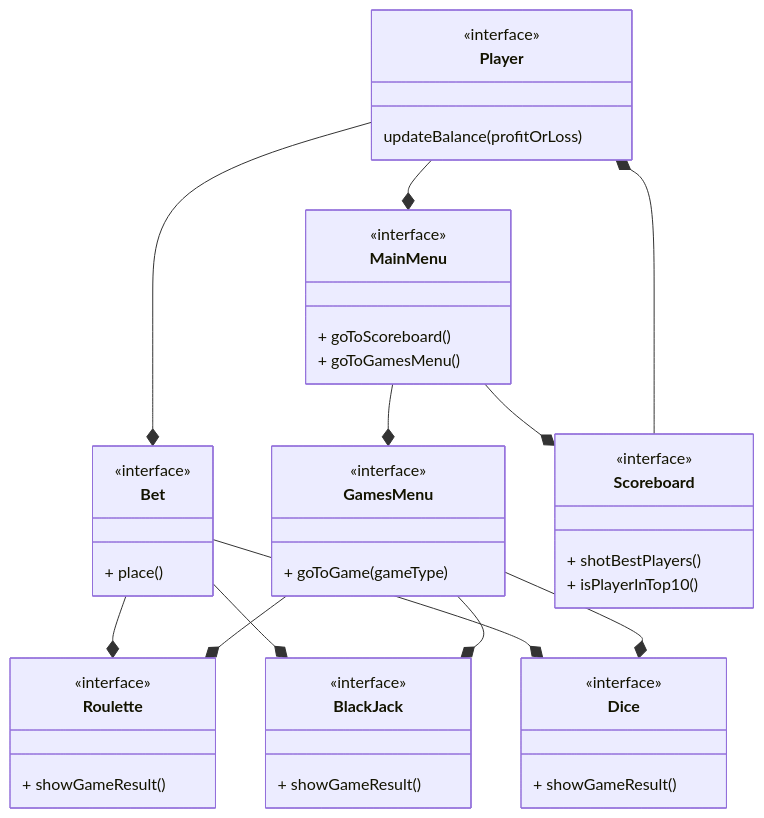
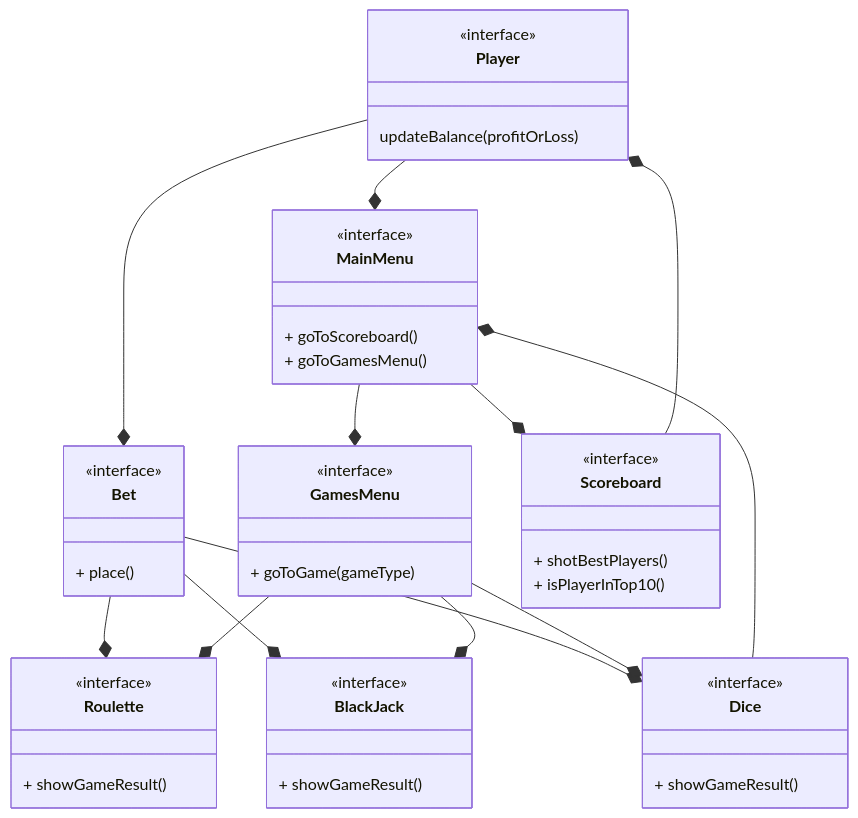
The first of 5 diagrams in Relazione.md (MatteoCalvanico/pss23-Calvanico-Monti-Ghinelli-VirtualCasino), drawn with Mermaid before and after one commit. The commit also changed other lines of this file, not shown here.

````diff
--- a/Relazione.md
+++ b/Relazione.md
@@ -46,57 +46,58 @@
 ```mermaid
 classDiagram
 
 class MainMenu {
   + goToScoreboard()
   + goToGamesMenu()
 }
 <<interface>> MainMenu
 
 class Player {
     updateBalance(profitOrLoss)
 }
 <<interface>> Player
 
 class GamesMenu {
   + goToGame(gameType)
 }
 <<interface>> GamesMenu
 
 class Bet {
   + place()
 }
 <<interface>> Bet
 
 class BlackJack {
   + showGameResult()
 }
 <<interface>> BlackJack
 
 class Roulette {
   + showGameResult()
 }
 <<interface>> Roulette
 
 class Dice {
   + showGameResult()
 }
 <<interface>> Dice
 
 class Scoreboard {
   + shotBestPlayers()
   + isPlayerInTop10()
 }
 <<interface>> Scoreboard
 
 Player --* Bet
 Player --* MainMenu
 MainMenu --* GamesMenu
 MainMenu --* Scoreboard
 Player *-- Scoreboard
 Bet --* Roulette
 Bet --* BlackJack
 Bet --* Dice
 GamesMenu --* Roulette
 GamesMenu --* BlackJack
 GamesMenu --* Dice
+Dice --* MainMenu
 ```
````
